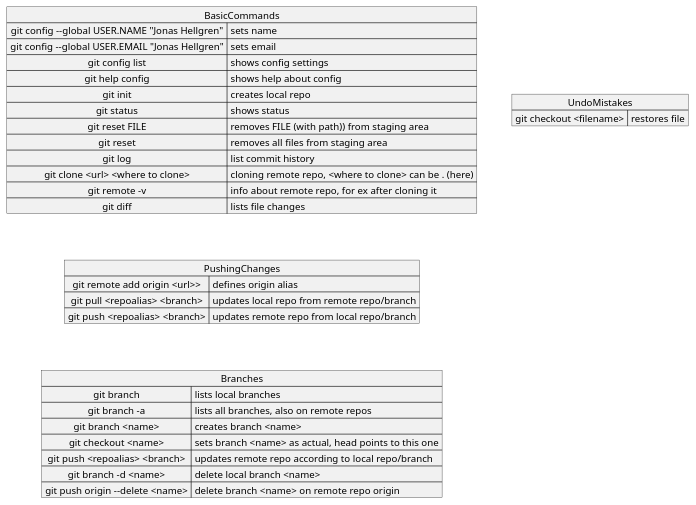
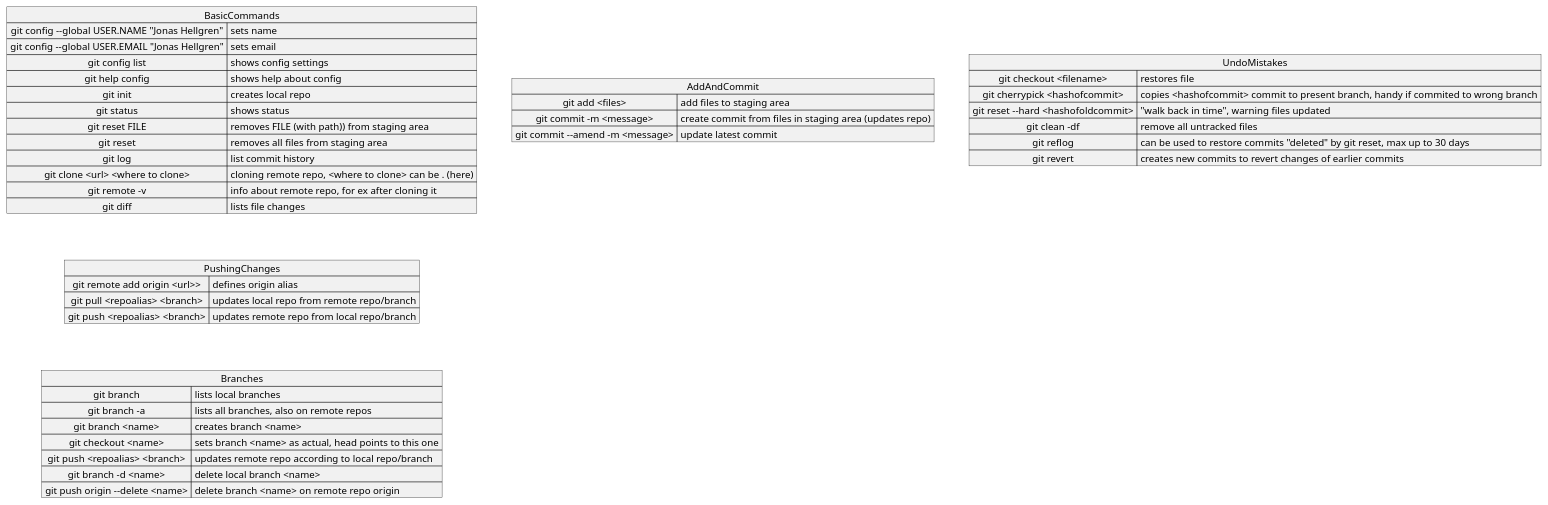
Before and after one commit to JonasHellgren/GitCommands: the diagram in src/documentation/GitCommands.puml, drawn with PlantUML. The commit also changed 1 other file, not shown here.

```diff
--- a/src/documentation/GitCommands.puml
+++ b/src/documentation/GitCommands.puml
@@ -1,41 +1,51 @@
 @startuml
 map BasicCommands {
  git config --global USER.NAME "Jonas Hellgren" => sets name
  git config --global USER.EMAIL "Jonas Hellgren" => sets email
  git config list => shows config settings
  git help config  => shows help about config
  git init  => creates local repo
  git status  => shows status
  git reset FILE  => removes FILE (with path)) from staging area
  git reset   => removes all files from staging area
  git log   => list commit history
  git clone <url> <where to clone>  => cloning remote repo, <where to clone> can be . (here)
  git remote -v  => info about remote repo, for ex after cloning it
  git diff  => lists file changes
 }
 
+map AddAndCommit {
+ git add <files>  => add files to staging area
+ git commit -m <message>  => create commit from files in staging area (updates repo)
+ git commit --amend -m <message>  => update latest commit
+}
+
 map PushingChanges {
  git remote add origin <url>>  => defines origin alias
  git pull <repoalias> <branch>  => updates local repo from remote repo/branch
  git push <repoalias> <branch>  => updates remote repo from local repo/branch
 }
 
 map Branches {
  git branch => lists local branches
-  git branch -a  => lists all branches, also on remote repos
+ git branch -a  => lists all branches, also on remote repos
  git branch <name>  => creates branch <name>
  git checkout <name>  => sets branch <name> as actual, head points to this one
  git push <repoalias> <branch>  => updates remote repo according to local repo/branch
  git branch -d <name> => delete local branch <name>
  git push origin --delete <name> => delete branch <name> on remote repo origin
 }
 
 map UndoMistakes {
  git checkout <filename>  => restores file
-
+ git cherrypick <hashofcommit>  => copies <hashofcommit> commit to present branch, handy if commited to wrong branch
+ git reset --hard <hashofoldcommit>  => "walk back in time", warning files updated
+ git clean -df  => remove all untracked files
+ git reflog => can be used to restore commits "deleted" by git reset, max up to 30 days
+ git revert  => creates new commits to revert changes of earlier commits
 }
 
 BasicCommands --[hidden]> PushingChanges
 PushingChanges --[hidden]> Branches
 
 @enduml
```
